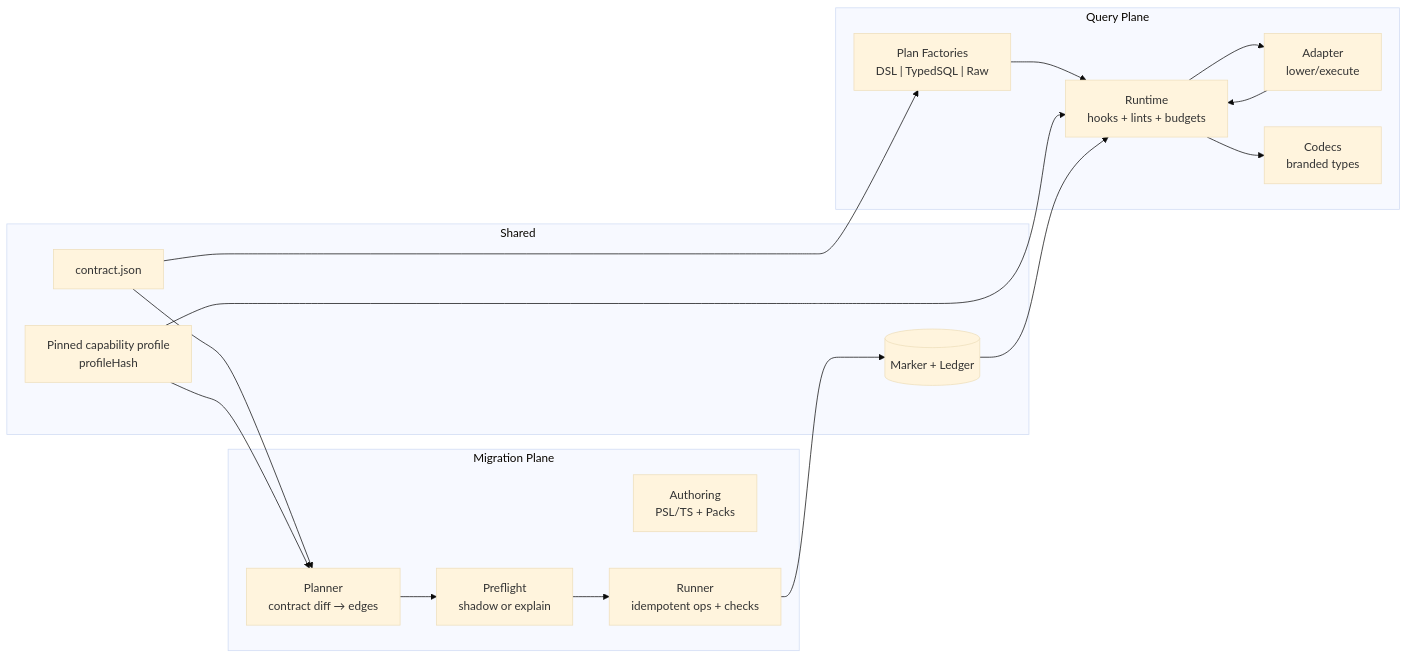
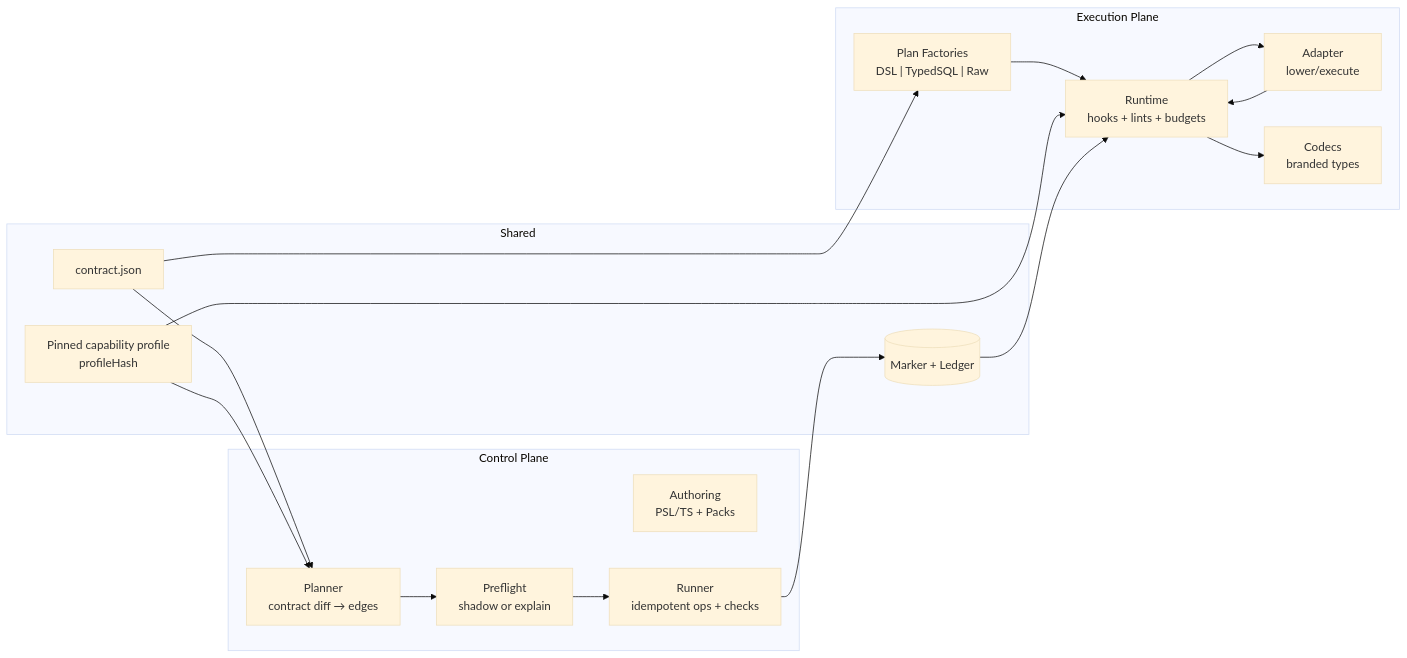
One commit to prisma/prisma-next changed the first of 4 diagrams in docs/Architecture Overview.md. Above: the diagram before and after it, drawn with Mermaid (base theme). The commit also changed other lines of this file and 4 other files, not shown here.

````diff
--- a/docs/Architecture Overview.md
+++ b/docs/Architecture Overview.md
@@ -55,44 +55,44 @@
 ```mermaid
 flowchart LR
   subgraph Shared
     C[contract.json]
     Prof[Pinned capability profile
     profileHash]
     Mk[(Marker + Ledger)]
   end
 
-  subgraph "Migration Plane"
+  subgraph "Control Plane"
     Auth[Authoring
     PSL/TS + Packs]
     Plan[Planner
     contract diff → edges]
     Pf[Preflight
     shadow or explain]
     Run[Runner
     idempotent ops + checks]
   end
 
-  subgraph "Query Plane"
+  subgraph "Execution Plane"
     QF["Plan Factories
     DSL | TypedSQL | Raw"]
     RT[Runtime
     hooks + lints + budgets]
     Adp[Adapter
     lower/execute]
     Cd[Codecs
     branded types]
   end
 
   C --> Plan
   C --> QF
   Plan --> Pf
   Pf --> Run
   Run --> Mk
   QF --> RT
   RT --> Adp
   Adp --> RT
   RT --> Cd
   Prof --> RT
   Prof --> Plan
   Mk --> RT
 ```
````
